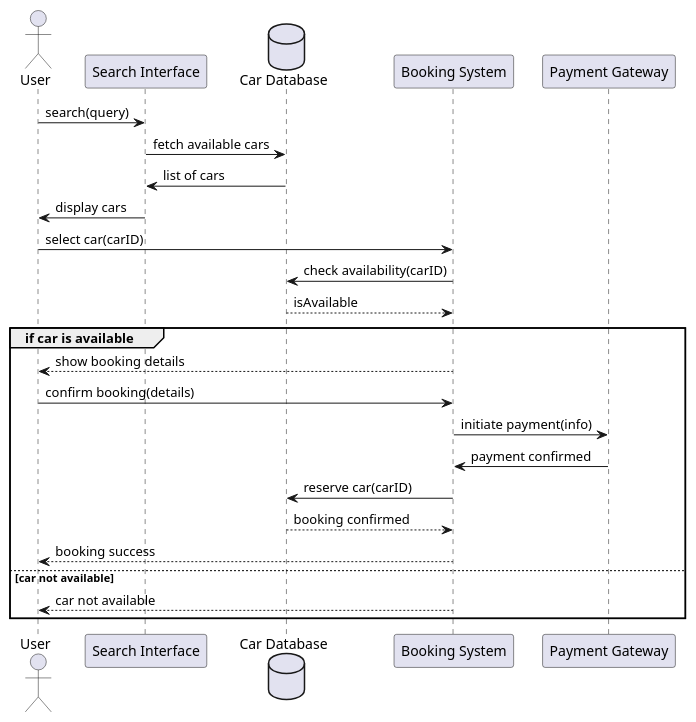
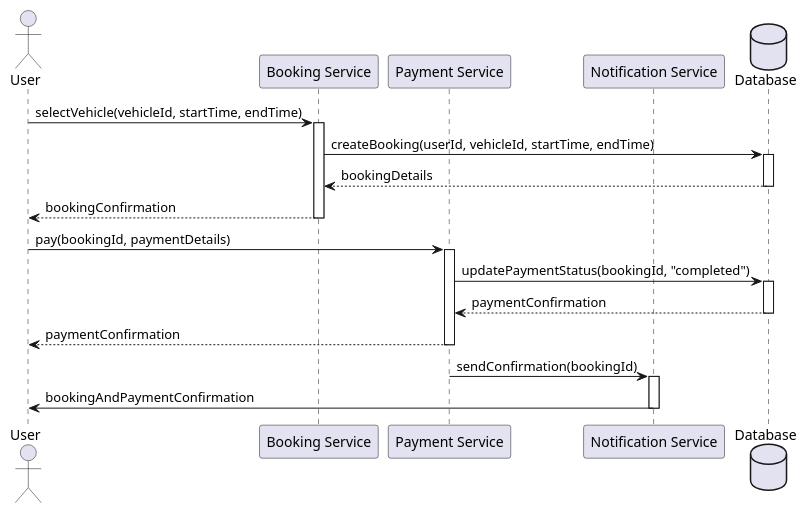
Before and after one commit to trungnv184/agents: the diagram in 2_openai/me/diagrams/3._sequence_diagram_for_the_booking_flow.puml, drawn with PlantUML. The commit also changed other lines of this file and 6 other files, not shown here.

```diff
--- a/2_openai/me/diagrams/3._sequence_diagram_for_the_booking_flow.puml
+++ b/2_openai/me/diagrams/3._sequence_diagram_for_the_booking_flow.puml
@@ -3,30 +3,33 @@
-@startuml CarSharingApp_BookingFlow
+@startuml
+actor User as user
+participant "Booking Service" as bookingService
+participant "Payment Service" as paymentService
+participant "Notification Service" as notificationService
+database "Database" as db
 
-actor User as user
-participant "Search Interface" as search
-database "Car Database" as db
-participant "Booking System" as bookingSystem
-participant "Payment Gateway" as payment
+user -> bookingService: selectVehicle(vehicleId, startTime, endTime)
+activate bookingService
+bookingService -> db: createBooking(userId, vehicleId, startTime, endTime)
+activate db
+db --> bookingService: bookingDetails
+deactivate db
 
-user -> search : search(query)
-search -> db : fetch available cars
-db -> search : list of cars
-search -> user : display cars
+bookingService --> user: bookingConfirmation
+deactivate bookingService
 
-user -> bookingSystem : select car(carID)
-bookingSystem -> db : check availability(carID)
-db --> bookingSystem : isAvailable
+user -> paymentService: pay(bookingId, paymentDetails)
+activate paymentService
+paymentService -> db: updatePaymentStatus(bookingId, "completed")
+activate db
+db --> paymentService: paymentConfirmation
+deactivate db
 
-group if car is available
-    bookingSystem --> user : show booking details
-    user -> bookingSystem : confirm booking(details)
-    bookingSystem -> payment : initiate payment(info)
-    payment -> bookingSystem : payment confirmed
-    bookingSystem -> db : reserve car(carID)
-    db --> bookingSystem : booking confirmed
-    bookingSystem --> user : booking success
-else car not available
-    bookingSystem --> user : car not available
-end
+paymentService --> user: paymentConfirmation
+deactivate paymentService
+
+paymentService -> notificationService: sendConfirmation(bookingId)
+activate notificationService
+notificationService -> user: bookingAndPaymentConfirmation
+deactivate notificationService
 
 @enduml
```
